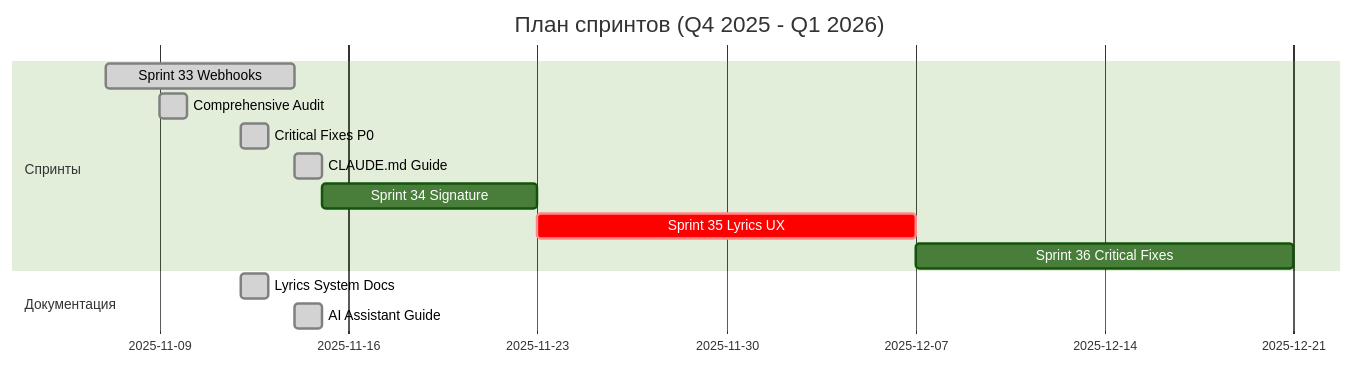
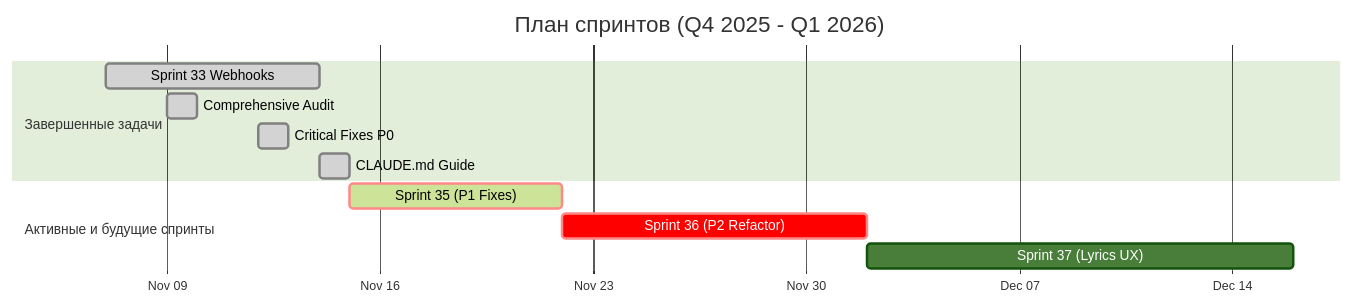
One commit to HOW2AI-AGENCY/albert3-muse-synth-studio changed the diagram in project-management/SPRINT_STATUS.md. Above: the diagram before and after it, drawn with Mermaid (forest theme). The commit also changed other lines of this file and 48 other files, not shown here.

````diff
--- a/project-management/SPRINT_STATUS.md
+++ b/project-management/SPRINT_STATUS.md
@@ -19,16 +22,17 @@
 ```mermaid
 gantt
     title План спринтов (Q4 2025 - Q1 2026)
     dateFormat  YYYY-MM-DD
-    section Спринты
+    axisFormat %b %d
+
+    section Завершенные задачи
     Sprint 33 Webhooks :done, 2025-11-07, 7d
     Comprehensive Audit :done, 2025-11-09, 1d
     Critical Fixes P0 :done, 2025-11-12, 1d
     CLAUDE.md Guide :done, 2025-11-14, 1d
-    Sprint 34 Signature :2025-11-15, 8d
-    Sprint 35 Lyrics UX :crit, 2025-11-23, 14d
-    Sprint 36 Critical Fixes :2025-12-07, 14d
-    section Документация
-    Lyrics System Docs :done, 2025-11-12, 1d
-    AI Assistant Guide :done, 2025-11-14, 1d
+
+    section Активные и будущие спринты
+    Sprint 35 (P1 Fixes) :active, crit, 2025-11-15, 7d
+    Sprint 36 (P2 Refactor) :crit, 2025-11-22, 10d
+    Sprint 37 (Lyrics UX) :2025-12-02, 14d
 ```
````
